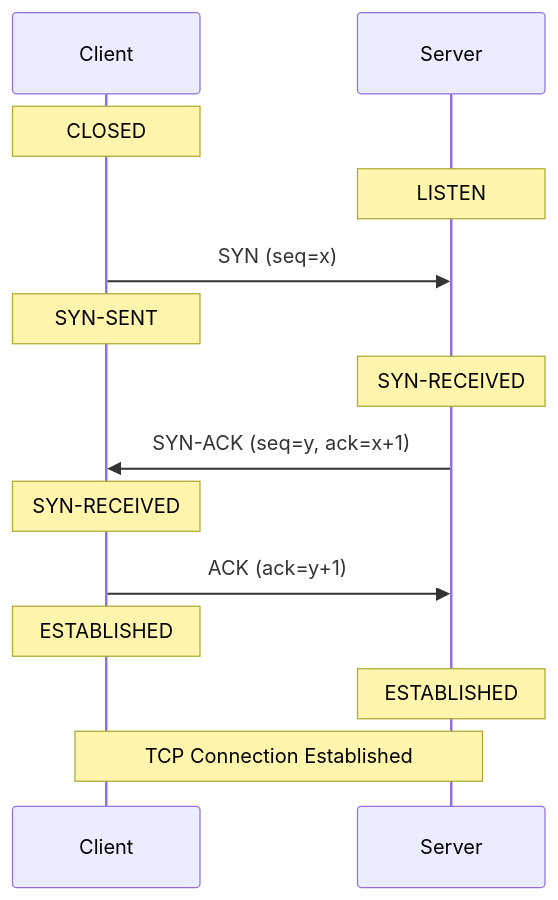
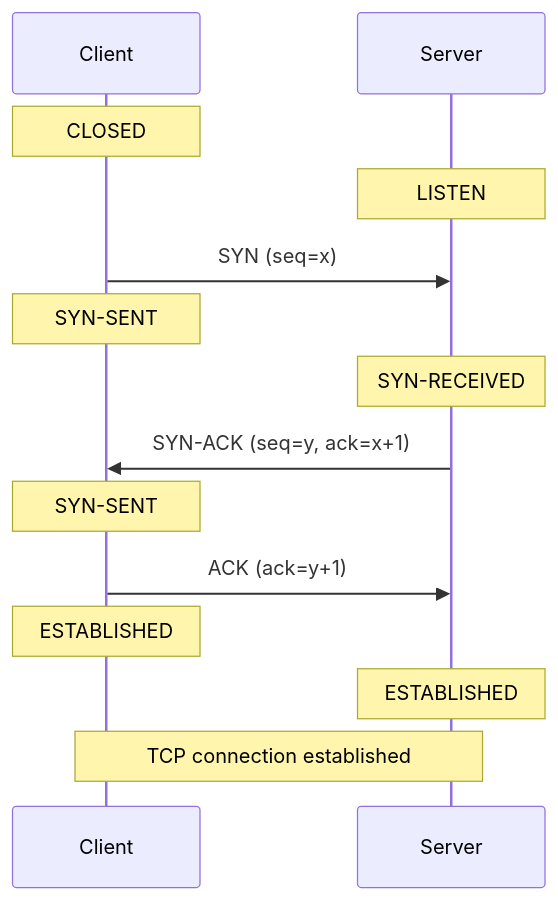
The first of 2 diagrams in IT/OS/Linux/TCP.md (pddzl/Notes), drawn with Mermaid before and after one commit. The commit also changed other lines of this file and 3 other files, not shown here.

````diff
--- a/IT/OS/Linux/TCP.md
+++ b/IT/OS/Linux/TCP.md
@@ -9,21 +25,21 @@
 ```mermaid
 sequenceDiagram
     participant C as Client
     participant S as Server
 
     Note over C: CLOSED
     Note over S: LISTEN
 
     C->>S: SYN (seq=x)
     Note over C: SYN-SENT
     Note over S: SYN-RECEIVED
 
     S->>C: SYN-ACK (seq=y, ack=x+1)
-    Note over C: SYN-RECEIVED
+    Note over C: SYN-SENT
 
     C->>S: ACK (ack=y+1)
     Note over C: ESTABLISHED
     Note over S: ESTABLISHED
 
-    Note over C,S: TCP Connection Established
+    Note over C,S: TCP connection established
 ```
````
